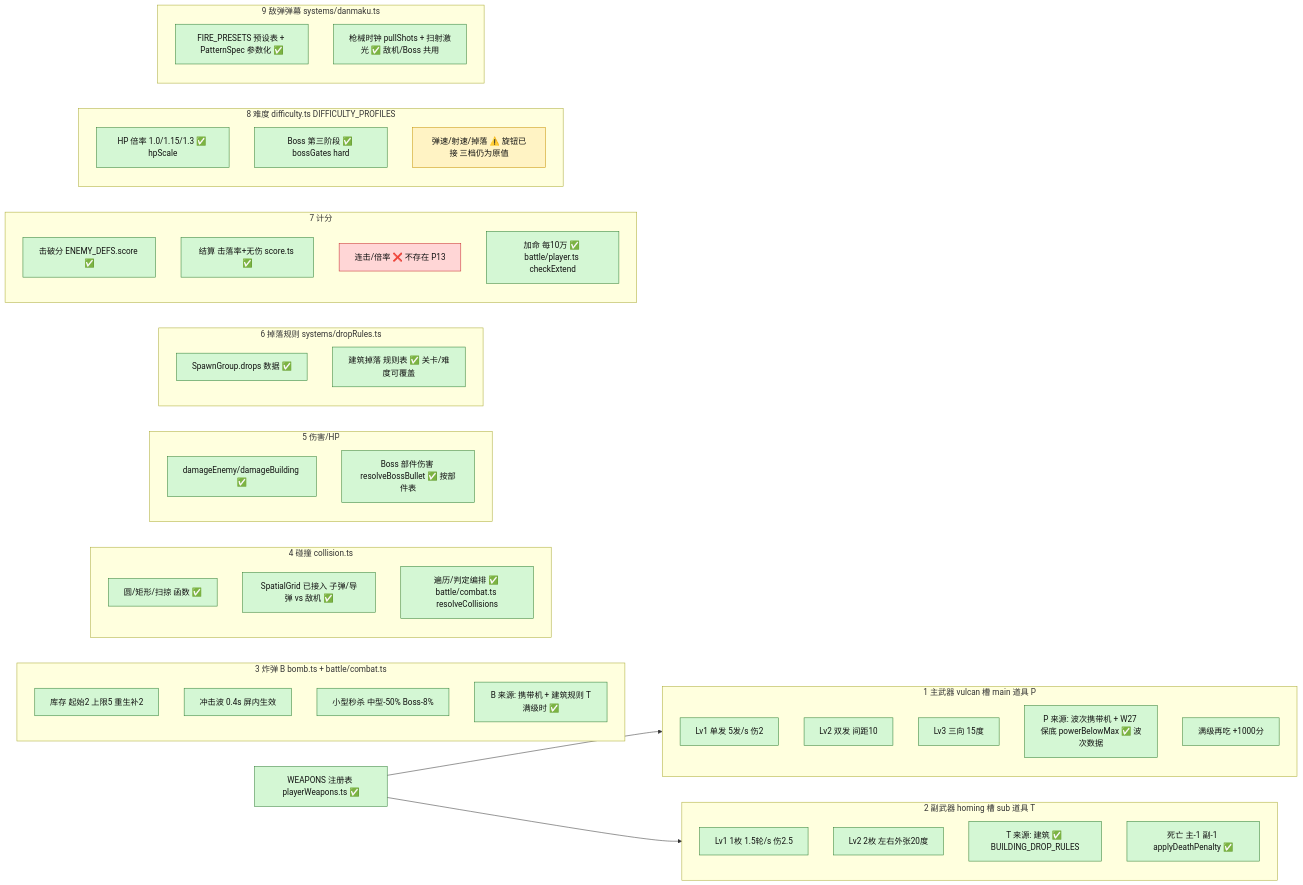
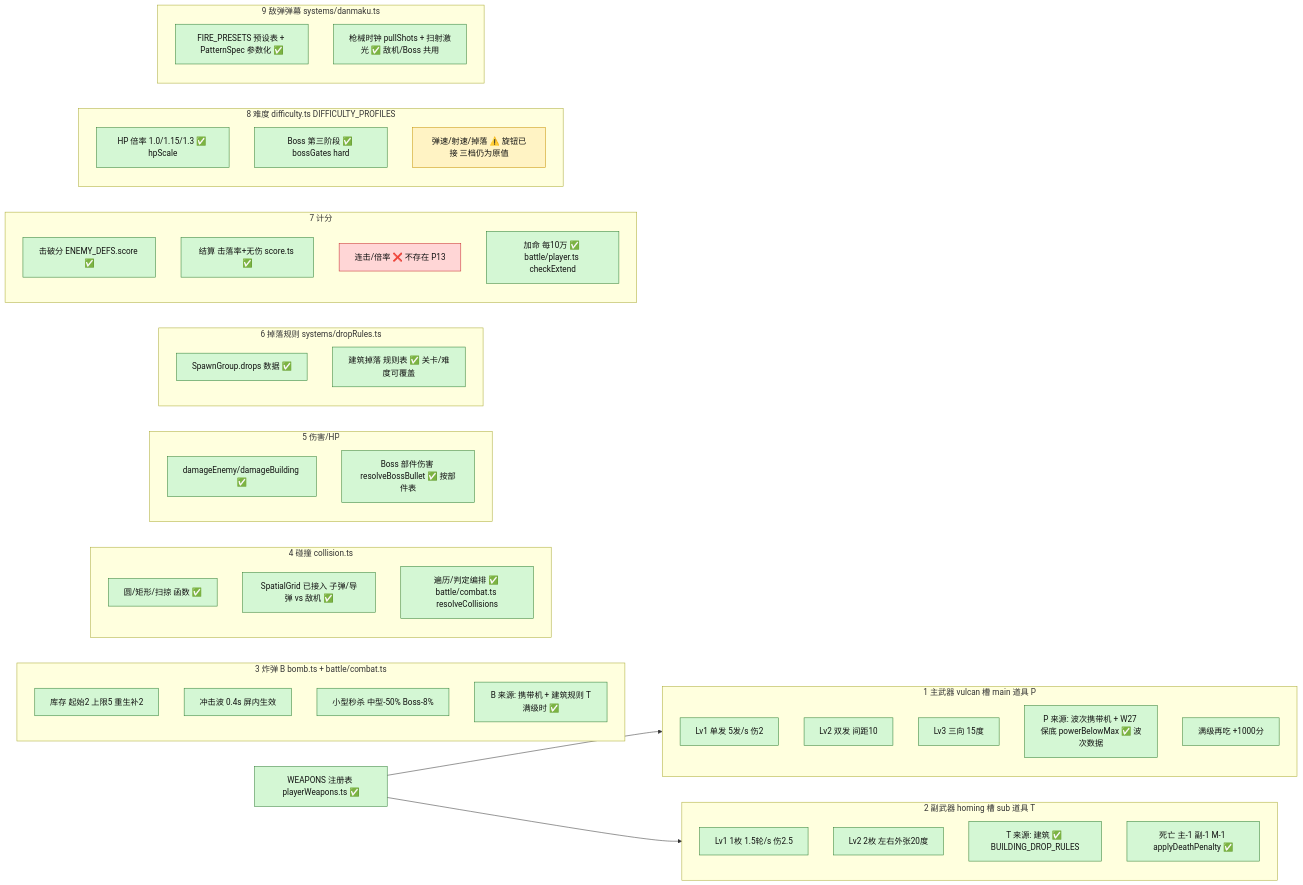
One commit to thedb/dianlei changed the third of 5 diagrams in docs/电雷_架构图_P11.md. Above: the diagram before and after it, drawn with Mermaid. The commit also changed other lines of this file and 21 other files, not shown here.

````diff
--- a/docs/电雷_架构图_P11.md
+++ b/docs/电雷_架构图_P11.md
@@ -169,67 +169,67 @@
 ```mermaid
 flowchart LR
   classDef done fill:#d4f7d4,stroke:#2e7d32,color:#111
   classDef partial fill:#fff3c4,stroke:#c79100,color:#111
   classDef hard fill:#ffd6d6,stroke:#c62828,color:#111
 
   REG["WEAPONS 注册表 playerWeapons.ts ✅"]:::done
 
   subgraph MAIN["1 主武器 vulcan 槽 main 道具 P"]
     M1["Lv1 单发 5发/s 伤2"]:::done
     M2["Lv2 双发 间距10"]:::done
     M3["Lv3 三向 15度"]:::done
     MD["P 来源: 波次携带机 + W27 保底 powerBelowMax ✅ 波次数据"]:::done
     MX["满级再吃 +1000分"]:::done
   end
 
   subgraph SUB["2 副武器 homing 槽 sub 道具 T"]
     S1["Lv1 1枚 1.5轮/s 伤2.5"]:::done
     S2["Lv2 2枚 左右外张20度"]:::done
     SD["T 来源: 建筑 ✅ BUILDING_DROP_RULES"]:::done
-    SL["死亡 主-1 副-1 applyDeathPenalty ✅"]:::done
+    SL["死亡 主-1 副-1 M-1 applyDeathPenalty ✅"]:::done
   end
 
   subgraph BOMB["3 炸弹 B bomb.ts + battle/combat.ts"]
     BB1["库存 起始2 上限5 重生补2"]:::done
     BB2["冲击波 0.4s 屏内生效"]:::done
     BB3["小型秒杀 中型-50% Boss-8%"]:::done
     BB4["B 来源: 携带机 + 建筑规则 T满级时 ✅"]:::done
   end
 
   subgraph COL["4 碰撞 collision.ts"]
     C1["圆/矩形/扫掠 函数 ✅"]:::done
     C2["SpatialGrid 已接入 子弹/导弹 vs 敌机 ✅"]:::done
     C3["遍历/判定编排 ✅ battle/combat.ts resolveCollisions"]:::done
   end
 
   subgraph HP["5 伤害/HP"]
     H1["damageEnemy/damageBuilding ✅"]:::done
     H2["Boss 部件伤害 resolveBossBullet ✅ 按部件表"]:::done
   end
 
   subgraph DR["6 掉落规则 systems/dropRules.ts"]
     DR1["SpawnGroup.drops 数据 ✅"]:::done
     DR2["建筑掉落 规则表 ✅ 关卡/难度可覆盖"]:::done
   end
 
   subgraph SC["7 计分"]
     SC1["击破分 ENEMY_DEFS.score ✅"]:::done
     SC2["结算 击落率+无伤 score.ts ✅"]:::done
     SC3["连击/倍率 ❌ 不存在 P13"]:::hard
     SC4["加命 每10万 ✅ battle/player.ts checkExtend"]:::done
   end
 
   subgraph DF["8 难度 difficulty.ts DIFFICULTY_PROFILES"]
     DF1["HP 倍率 1.0/1.15/1.3 ✅ hpScale"]:::done
     DF2["Boss 第三阶段 ✅ bossGates hard"]:::done
     DF3["弹速/射速/掉落 ⚠️ 旋钮已接 三档仍为原值"]:::partial
   end
 
   subgraph EF["9 敌弹弹幕 systems/danmaku.ts"]
     EF1["FIRE_PRESETS 预设表 + PatternSpec 参数化 ✅"]:::done
     EF2["枪械时钟 pullShots + 扫射激光 ✅ 敌机/Boss 共用"]:::done
   end
 
   REG --> MAIN
   REG --> SUB
 ```
````
